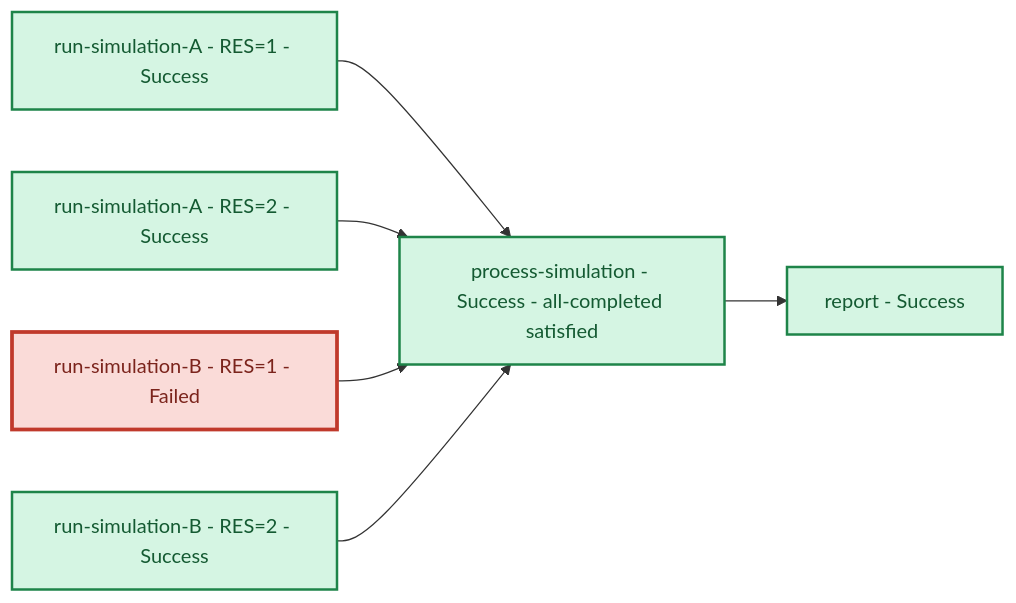
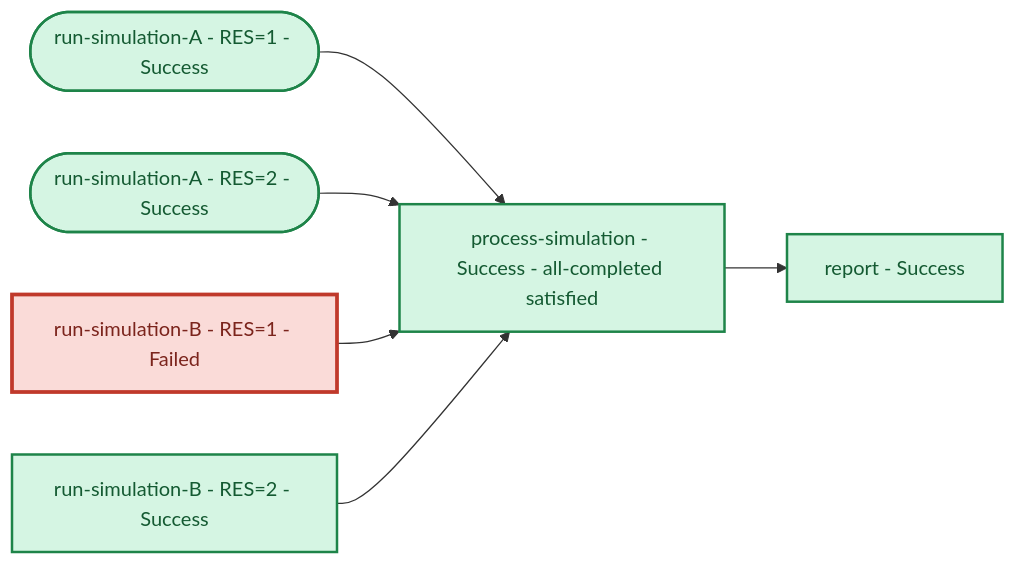
The third of 4 diagrams in docs/Maestro/meps/mep-004-step-dependency-execution-policy.md (LLNL/maestrowf), drawn with Mermaid before and after one commit. The commit also changed other lines of this file, not shown here.

````diff
--- a/docs/Maestro/meps/mep-004-step-dependency-execution-policy.md
+++ b/docs/Maestro/meps/mep-004-step-dependency-execution-policy.md
@@ -287,21 +287,21 @@
 ```mermaid
 flowchart LR
-    A1["run-simulation-A - RES=1 - Success"]
-    A2["run-simulation-A - RES=2 - Success"]
+    A1(["run-simulation-A - RES=1 - Success"])
+    A2(["run-simulation-A - RES=2 - Success"])
     B1["run-simulation-B - RES=1 - Failed"]
     B2["run-simulation-B - RES=2 - Success"]
     P["process-simulation - Success - all-completed satisfied"]
     R["report - Success"]
 
     A1 --> P
     A2 --> P
     B1 --> P
     B2 --> P
     P --> R
 
     classDef success fill:#d5f5e3,stroke:#1e8449,color:#145a32,stroke-width:2px
     classDef failed fill:#fadbd8,stroke:#c0392b,color:#7b241c,stroke-width:3px
 
     class A1,A2,B2,P,R success
     class B1 failed
 ```
````
